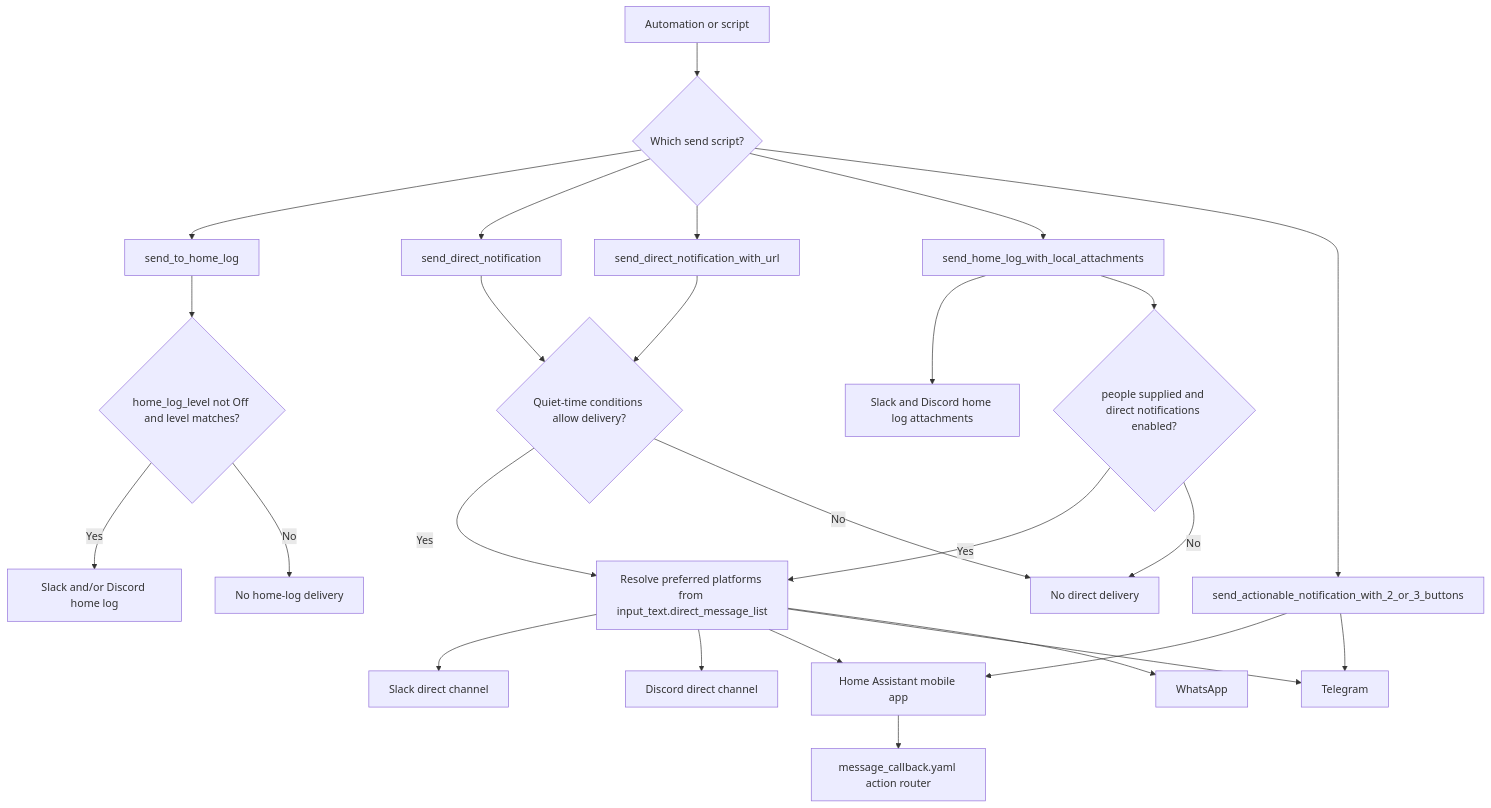
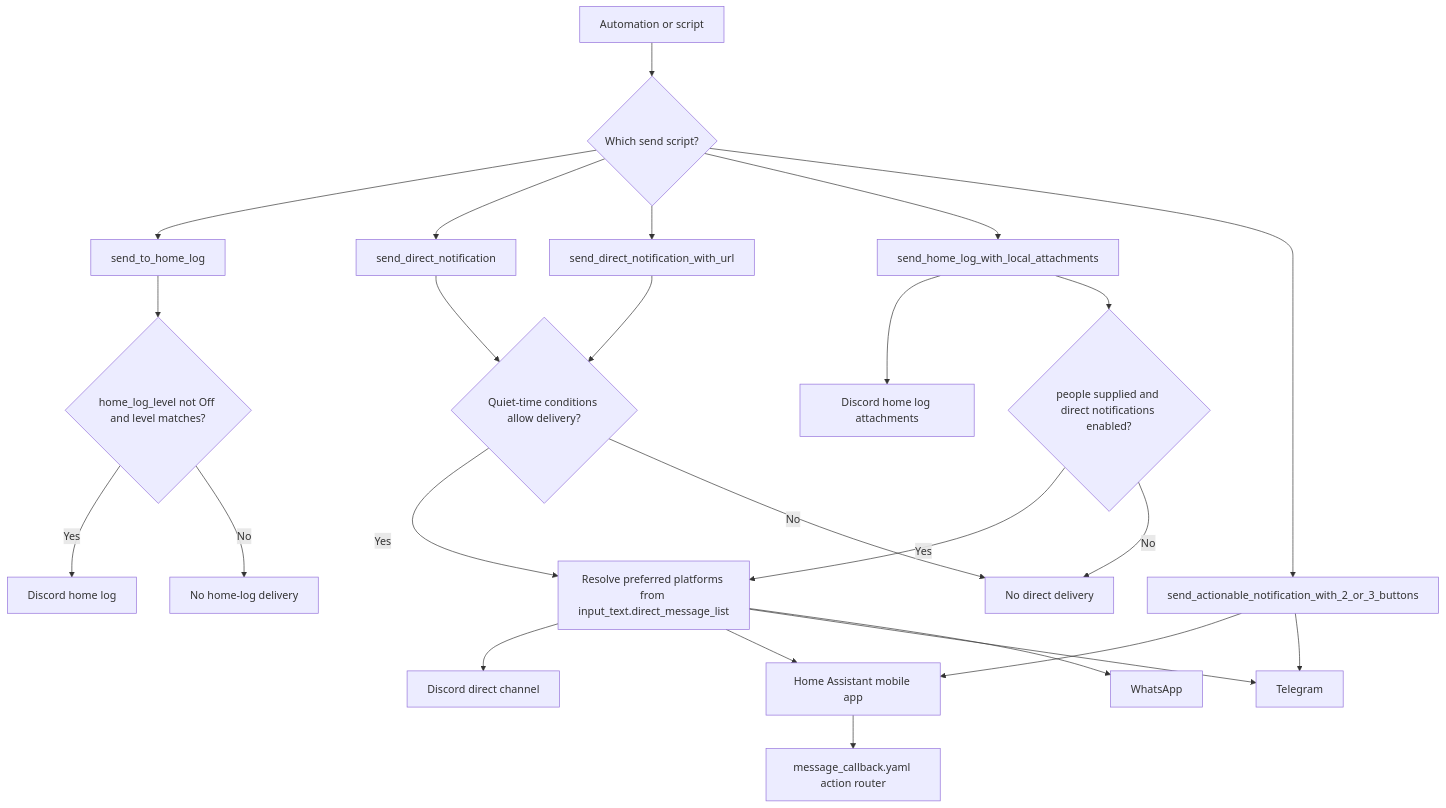
The first of 5 diagrams in packages/integrations/messaging/README.md (dannytsang/homeassistant-config), drawn with Mermaid before and after one commit. The commit also changed other lines of this file and 2 other files, not shown here.

Commit message:
Removed Slack integration.

````diff
--- a/packages/integrations/messaging/README.md
+++ b/packages/integrations/messaging/README.md
@@ -35,32 +33,31 @@
 ```mermaid
 flowchart TB
     Caller[Automation or script] --> Send{Which send script?}
     Send --> HomeLog[send_to_home_log]
     Send --> Direct[send_direct_notification]
     Send --> Url[send_direct_notification_with_url]
     Send --> Attach[send_home_log_with_local_attachments]
     Send --> Actionable[send_actionable_notification_with_2_or_3_buttons]
 
     HomeLog --> LogLevel{home_log_level not Off and level matches?}
-    LogLevel -->|Yes| HomePlatforms[Slack and/or Discord home log]
+    LogLevel -->|Yes| HomePlatforms[Discord home log]
     LogLevel -->|No| SkipLog[No home-log delivery]
 
     Direct --> QuietGate{Quiet-time conditions allow delivery?}
     Url --> QuietGate
-    Attach --> AttachmentHomeLog[Slack and Discord home log attachments]
+    Attach --> AttachmentHomeLog[Discord home log attachments]
     Attach --> AttachmentPeople{people supplied and direct notifications enabled?}
 
     QuietGate -->|Yes| Preferred[Resolve preferred platforms from input_text.direct_message_list]
     QuietGate -->|No| SkipDirect[No direct delivery]
-    Preferred --> Slack[Slack direct channel]
     Preferred --> Discord[Discord direct channel]
     Preferred --> Mobile[Home Assistant mobile app]
     Preferred --> Telegram[Telegram]
     Preferred --> WhatsApp[WhatsApp]
 
     AttachmentPeople -->|Yes| Preferred
     AttachmentPeople -->|No| SkipDirect
     Actionable --> Mobile
     Actionable --> Telegram
     Mobile --> Callback[message_callback.yaml action router]
 ```
````
